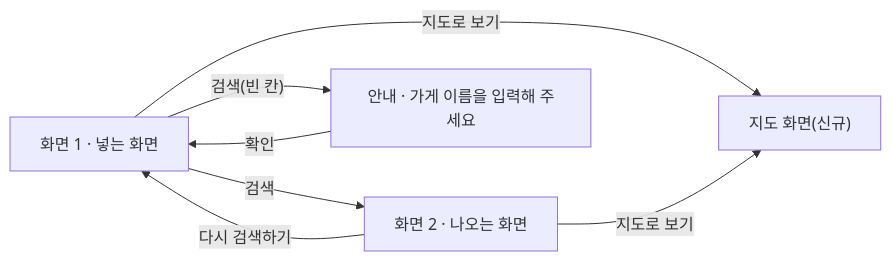
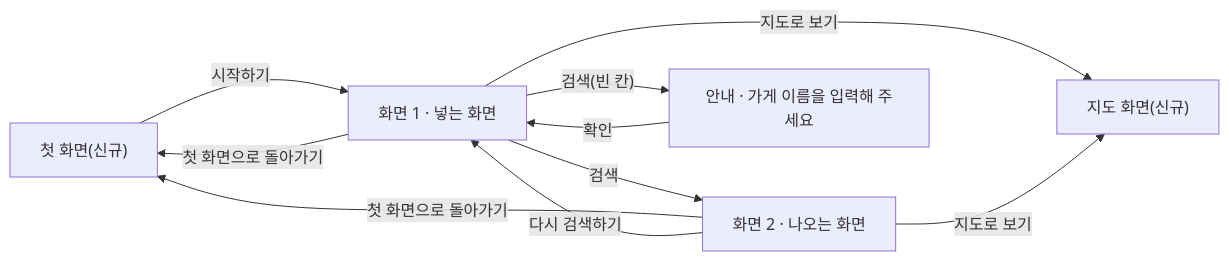
Before and after one commit to dkangolb-jpg/sample: the diagram in PRD.md, drawn with Mermaid. The commit also changed other lines of this file and 2 other files, not shown here.

Commit message:
Add a landing page that introduces the service before the search screen
- landing.py shows the title, the one-line definition from PRD.md, three
  things the service does, and a 시작하기 button that opens screen 1
- Colors (#F6F3EC background, #343B32 text, #D97845 accent) apply only to
  the landing page, so the search screen keeps its look
- Add a 첫 화면으로 돌아가기 button to the search screen's sidebar
- Add the landing page and its moves to PRD.md chapter 4

````diff
--- a/PRD.md
+++ b/PRD.md
@@ -72,14 +73,18 @@
 ```mermaid
 flowchart LR
+    L0["첫 화면(신규)"]
     S1["화면 1 · 넣는 화면"]
     S2["화면 2 · 나오는 화면"]
     M1["지도 화면(신규)"]
     E1["안내 · 가게 이름을 입력해 주세요"]
 
+    L0 -- 시작하기 --> S1
+    S1 -- 첫 화면으로 돌아가기 --> L0
+    S2 -- 첫 화면으로 돌아가기 --> L0
     S1 -- 검색 --> S2
     S1 -- 검색(빈 칸) --> E1
     E1 -- 확인 --> S1
     S2 -- 다시 검색하기 --> S1
     S1 -- 지도로 보기 --> M1
     S2 -- 지도로 보기 --> M1
 ```
````
